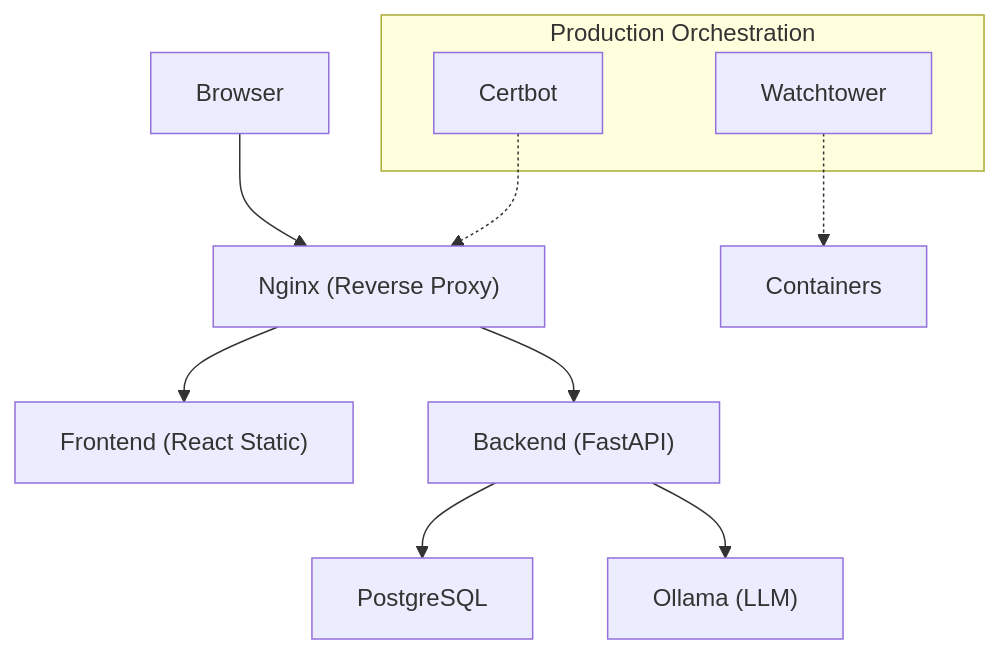
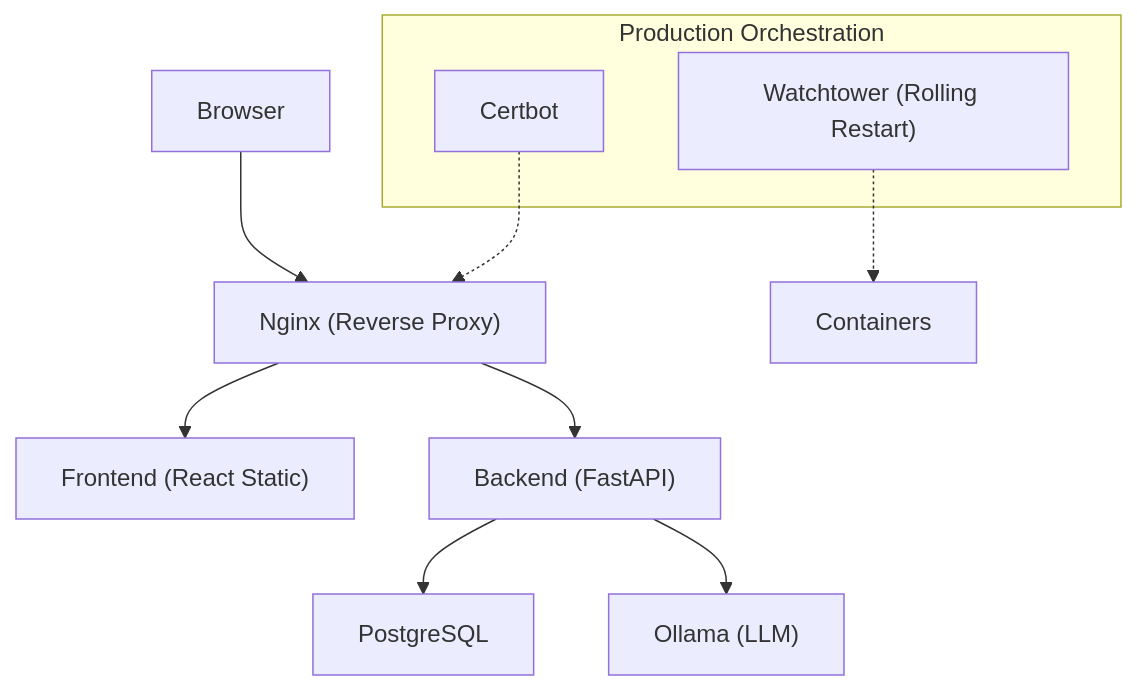
One commit to Revanththetalogics/aireume changed the second of 7 diagrams in .qoder/repowiki/en/content/Deployment & DevOps/Deployment & DevOps.md. Above: the diagram before and after it, drawn with Mermaid. The commit also changed other lines of this file and 33 other files, not shown here.

````diff
--- a/.qoder/repowiki/en/content/Deployment & DevOps/Deployment & DevOps.md
+++ b/.qoder/repowiki/en/content/Deployment & DevOps/Deployment & DevOps.md
@@ -105,14 +114,14 @@
 ```mermaid
 graph TB
 Client["Browser"] --> Nginx["Nginx (Reverse Proxy)"]
 Nginx --> FE["Frontend (React Static)"]
 Nginx --> BE["Backend (FastAPI)"]
 BE --> DB["PostgreSQL"]
 BE --> Ollama["Ollama (LLM)"]
 subgraph "Production Orchestration"
-Watchtower["Watchtower"]
+Watchtower["Watchtower (Rolling Restart)"]
 Certbot["Certbot"]
 end
 Watchtower -.-> Containers["Containers"]
 Certbot -.-> Nginx
 ```
````
